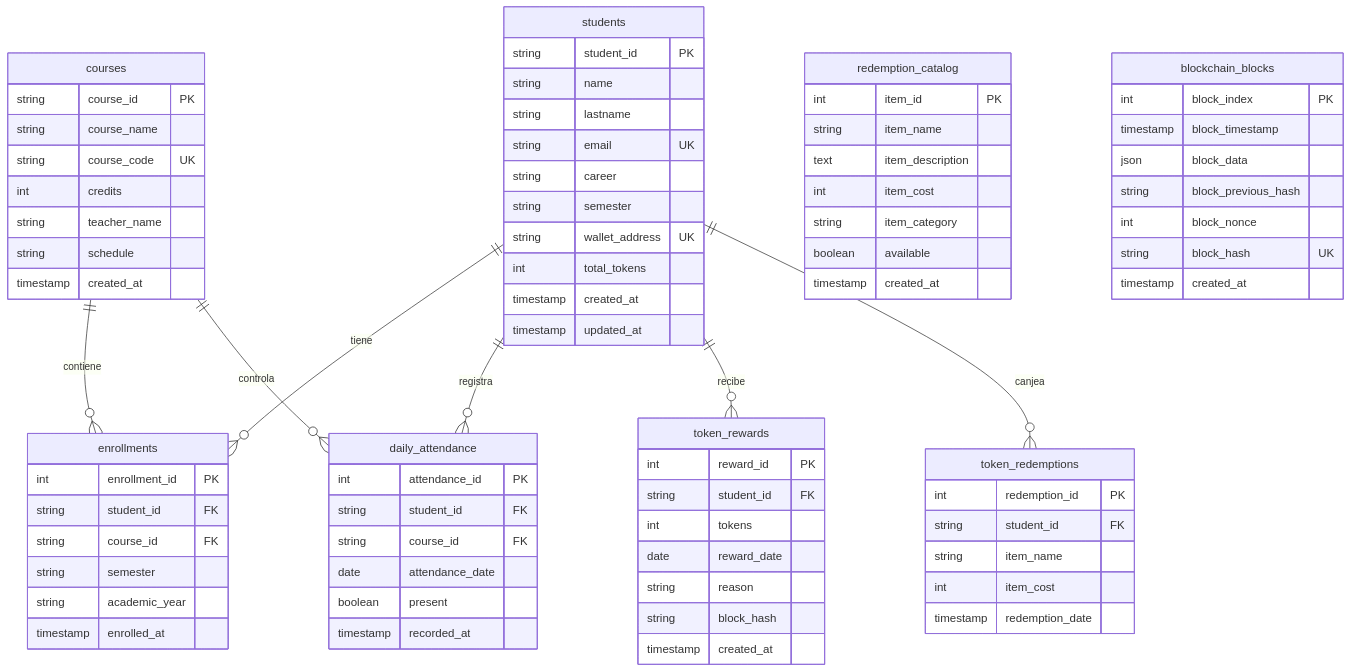
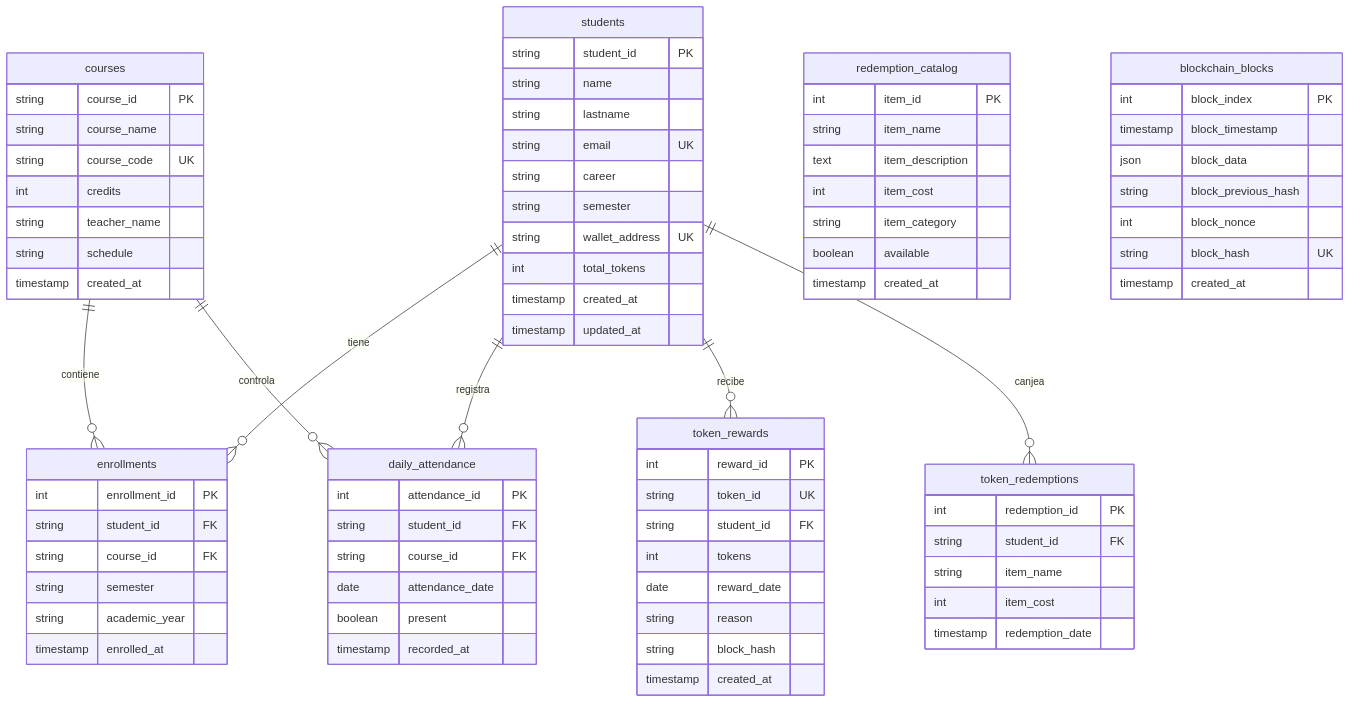
One commit to Whitelegeds13/LINUX changed the second of 4 diagrams in docs/arquitectura.md. Above: the diagram before and after it, drawn with Mermaid. The commit also changed other lines of this file and 54 other files, not shown here.

```diff
--- a/docs/arquitectura.md
+++ b/docs/arquitectura.md
@@ -123,6 +123,7 @@
     
     token_rewards {
         int reward_id PK
+        string token_id UK
         string student_id FK
         int tokens
         date reward_date
```
